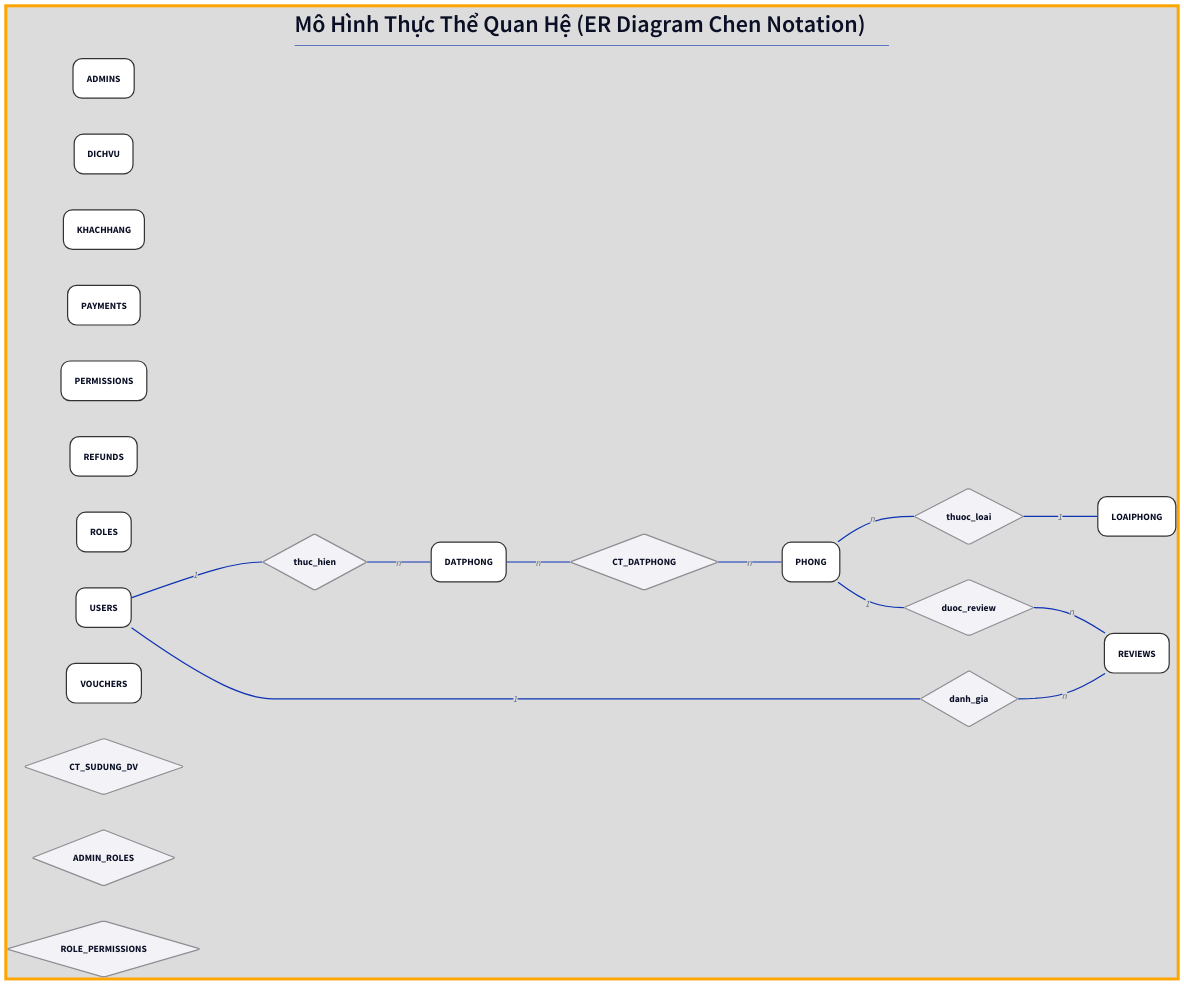
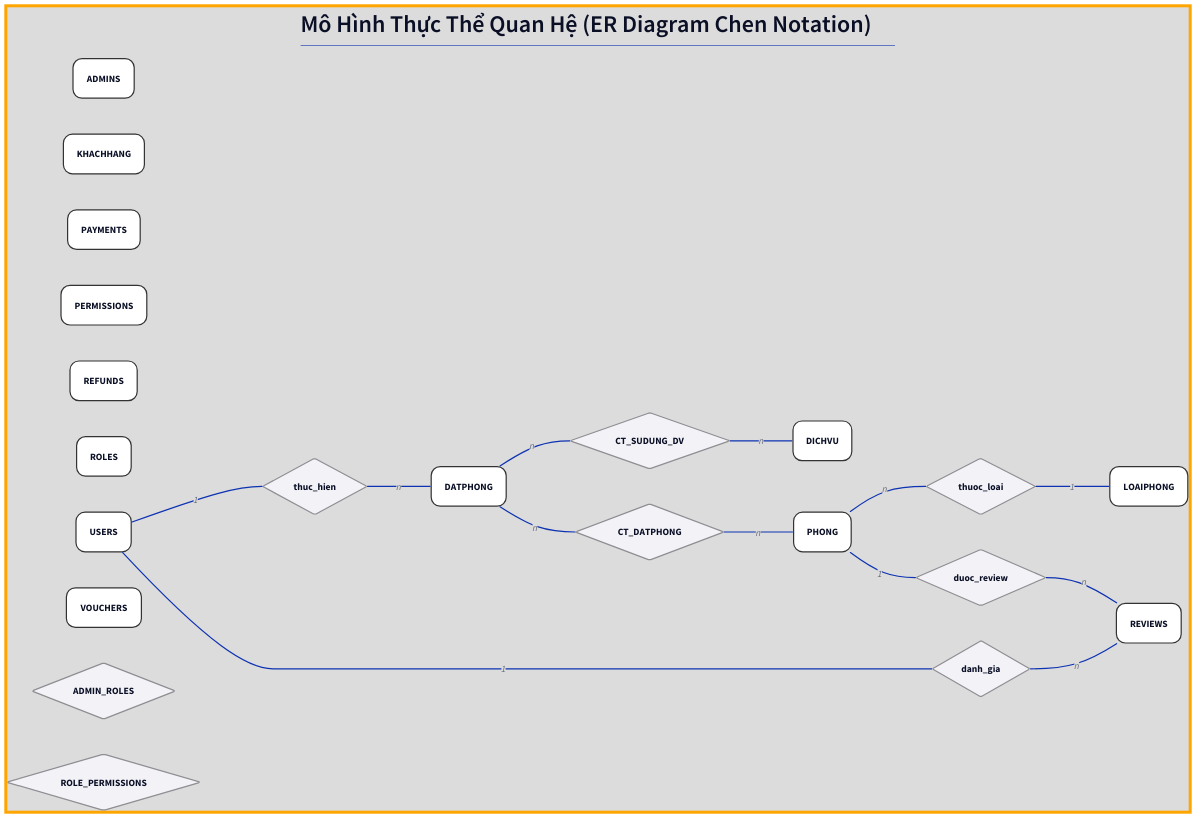
Before and after one commit to sam-uit/ie103-project-report: the diagram in report/content/diagrams/er.d2, drawn with D2.

```diff
--- a/report/content/diagrams/er.d2
+++ b/report/content/diagrams/er.d2
@@ -110,6 +110,9 @@
 
 USERS -- danh_gia: 1
 danh_gia -- REVIEWS: n
+
+DATPHONG -- CT_SUDUNG_DV: n
+CT_SUDUNG_DV -- DICHVU: n
 
 # === AUTH SYSTEM ===
 # admins: {class: entity}
```
